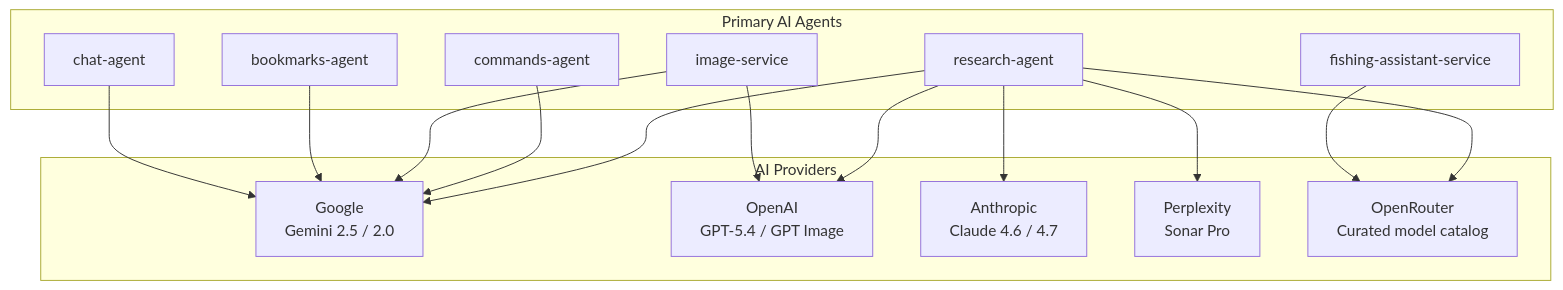
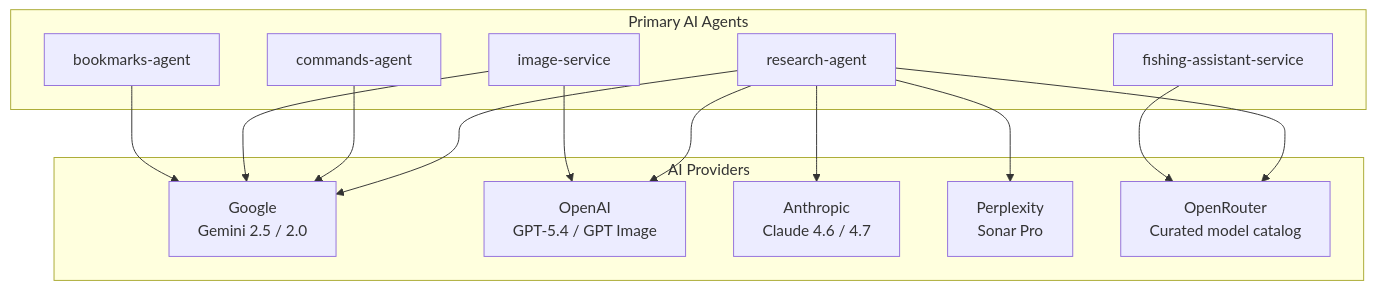
One commit to pbuchman/intexuraos changed the first of 2 diagrams in docs/services/index.md. Above: the diagram before and after it, drawn with Mermaid. The commit also changed other lines of this file and 463 other files, not shown here.

````diff
--- a/docs/services/index.md
+++ b/docs/services/index.md
@@ -113,31 +110,29 @@
 ```mermaid
 graph TB
     subgraph "AI Providers"
         G[Google<br>Gemini 2.5 / 2.0]
         O[OpenAI<br>GPT-5.4 / GPT Image]
         A[Anthropic<br>Claude 4.6 / 4.7]
         P[Perplexity<br>Sonar Pro]
         OR[OpenRouter<br>Curated model catalog]
     end
 
     subgraph "Primary AI Agents"
         R[research-agent]
         C[commands-agent]
         I[image-service]
         B[bookmarks-agent]
-        CH[chat-agent]
         F[fishing-assistant-service]
     end
 
     R --> G
     R --> O
     R --> A
     R --> P
     R --> OR
     C --> G
     I --> O
     I --> G
     B --> G
-    CH --> G
     F --> OR
 ```
````
